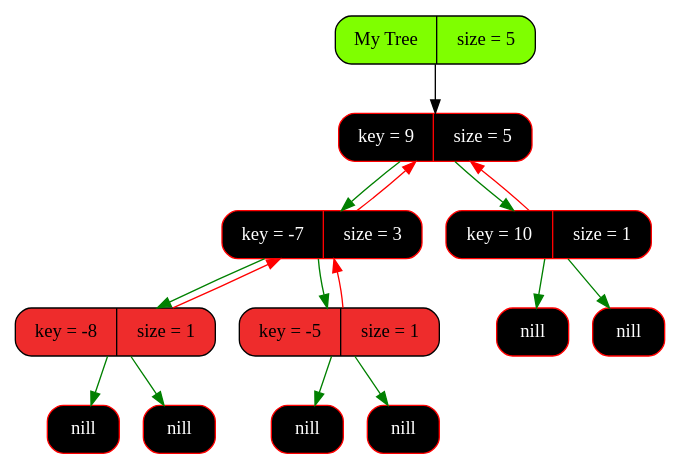
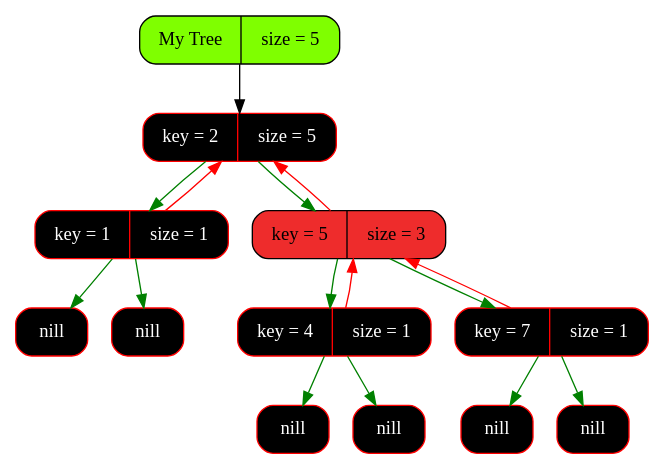
Before and after one commit to Pelmeshka127/RedBlackTree: the diagram in graphics/graph.dot, drawn with Graphviz. The commit also changed 6 other files, not shown here.

```diff
--- a/graphics/graph.dot
+++ b/graphics/graph.dot
@@ -1,33 +1,33 @@
 digraph Tree
 {
    rankdir = HR;
    node[fontsize=14];
    edge[color="black",fontcolor="blue",fontsize=12];
    tree[shape = Mrecord, style = filled, fillcolor = "chartreuse1", label = "My Tree | size = 5"];
-   "0x15b704080"[shape = Mrecord, color = "red", style = filled, fontcolor = "white", fillcolor = "black",   label = " key = 9 | size = 5"];
-  "0x15b704080" -> "0x15b704140" [color = "green"];
-  "0x15b704140" -> "0x15b704080" [color = "red"];
-  "0x15b704080" -> "0x15b7040b0" [color = "green"];
-  "0x15b7040b0" -> "0x15b704080" [color = "red"];
-   "0x15b704140"[shape = Mrecord, color = "red", style = filled, fontcolor = "white", fillcolor = "black",   label = " key = -7 | size = 3"];
-  "0x15b704140" -> "0x15b704110" [color = "green"];
-  "0x15b704110" -> "0x15b704140" [color = "red"];
-  "0x15b704140" -> "0x15b7040e0" [color = "green"];
-  "0x15b7040e0" -> "0x15b704140" [color = "red"];
-  "0x15b704110"[shape = Mrecord, color = "black", style = filled, fillcolor = "firebrick2",   label = " key = -8 | size = 1"];
-   "0x15b704110left"[shape = Mrecord, color = "red", style = filled, fontcolor = "white", fillcolor = "black",   label = " <value> nill"];
-  "0x15b704110" -> "0x15b704110left" [color = "green"];
-   "0x15b704110right"[shape = Mrecord, color = "red", style = filled, fontcolor = "white", fillcolor = "black",   label = " <value> nill"];
-  "0x15b704110" -> "0x15b704110right" [color = "green"];
-  "0x15b7040e0"[shape = Mrecord, color = "black", style = filled, fillcolor = "firebrick2",   label = " key = -5 | size = 1"];
-   "0x15b7040e0left"[shape = Mrecord, color = "red", style = filled, fontcolor = "white", fillcolor = "black",   label = " <value> nill"];
-  "0x15b7040e0" -> "0x15b7040e0left" [color = "green"];
-   "0x15b7040e0right"[shape = Mrecord, color = "red", style = filled, fontcolor = "white", fillcolor = "black",   label = " <value> nill"];
-  "0x15b7040e0" -> "0x15b7040e0right" [color = "green"];
-   "0x15b7040b0"[shape = Mrecord, color = "red", style = filled, fontcolor = "white", fillcolor = "black",   label = " key = 10 | size = 1"];
-   "0x15b7040b0left"[shape = Mrecord, color = "red", style = filled, fontcolor = "white", fillcolor = "black",   label = " <value> nill"];
-  "0x15b7040b0" -> "0x15b7040b0left" [color = "green"];
-   "0x15b7040b0right"[shape = Mrecord, color = "red", style = filled, fontcolor = "white", fillcolor = "black",   label = " <value> nill"];
-  "0x15b7040b0" -> "0x15b7040b0right" [color = "green"];
-   tree -> "0x15b704080" [color = "gray0"];
+   "0x125e06750"[shape = Mrecord, color = "red", style = filled, fontcolor = "white", fillcolor = "black",   label = " key = 2 | size = 5"];
+  "0x125e06750" -> "0x125e06780" [color = "green"];
+  "0x125e06780" -> "0x125e06750" [color = "red"];
+  "0x125e06750" -> "0x125e06840" [color = "green"];
+  "0x125e06840" -> "0x125e06750" [color = "red"];
+   "0x125e06780"[shape = Mrecord, color = "red", style = filled, fontcolor = "white", fillcolor = "black",   label = " key = 1 | size = 1"];
+   "0x125e06780left"[shape = Mrecord, color = "red", style = filled, fontcolor = "white", fillcolor = "black",   label = " <value> nill"];
+  "0x125e06780" -> "0x125e06780left" [color = "green"];
+   "0x125e06780right"[shape = Mrecord, color = "red", style = filled, fontcolor = "white", fillcolor = "black",   label = " <value> nill"];
+  "0x125e06780" -> "0x125e06780right" [color = "green"];
+  "0x125e06840"[shape = Mrecord, color = "black", style = filled, fillcolor = "firebrick2",   label = " key = 5 | size = 3"];
+  "0x125e06840" -> "0x125e067e0" [color = "green"];
+  "0x125e067e0" -> "0x125e06840" [color = "red"];
+  "0x125e06840" -> "0x125e06810" [color = "green"];
+  "0x125e06810" -> "0x125e06840" [color = "red"];
+   "0x125e067e0"[shape = Mrecord, color = "red", style = filled, fontcolor = "white", fillcolor = "black",   label = " key = 4 | size = 1"];
+   "0x125e067e0left"[shape = Mrecord, color = "red", style = filled, fontcolor = "white", fillcolor = "black",   label = " <value> nill"];
+  "0x125e067e0" -> "0x125e067e0left" [color = "green"];
+   "0x125e067e0right"[shape = Mrecord, color = "red", style = filled, fontcolor = "white", fillcolor = "black",   label = " <value> nill"];
+  "0x125e067e0" -> "0x125e067e0right" [color = "green"];
+   "0x125e06810"[shape = Mrecord, color = "red", style = filled, fontcolor = "white", fillcolor = "black",   label = " key = 7 | size = 1"];
+   "0x125e06810left"[shape = Mrecord, color = "red", style = filled, fontcolor = "white", fillcolor = "black",   label = " <value> nill"];
+  "0x125e06810" -> "0x125e06810left" [color = "green"];
+   "0x125e06810right"[shape = Mrecord, color = "red", style = filled, fontcolor = "white", fillcolor = "black",   label = " <value> nill"];
+  "0x125e06810" -> "0x125e06810right" [color = "green"];
+   tree -> "0x125e06750" [color = "gray0"];
 }
```
